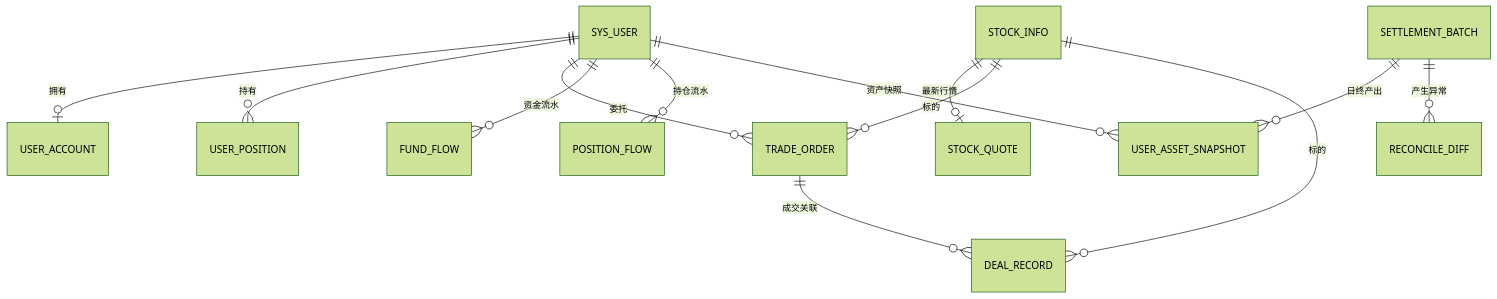
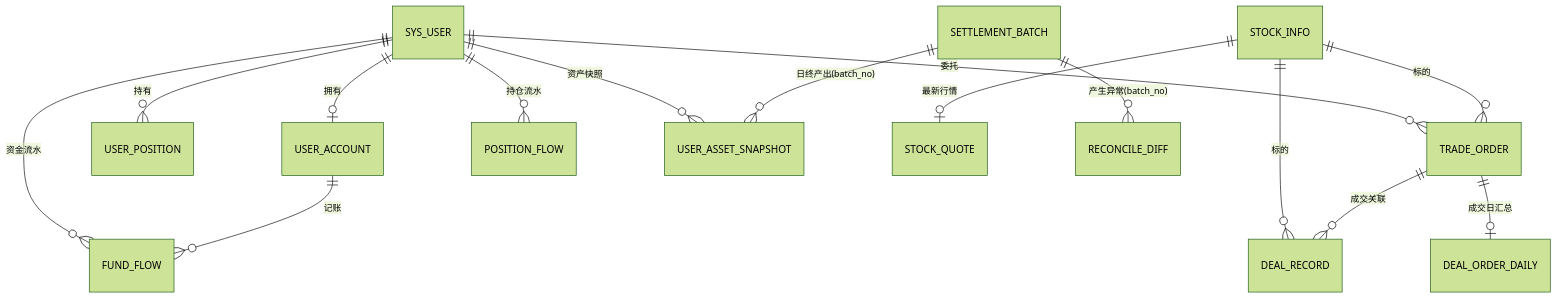
Before and after one commit to zhy-5435/paper-trade: the diagram in docs/03-数据库设计.md, drawn with Mermaid (forest theme). The commit also changed other lines of this file and 8 other files, not shown here.

````diff
--- a/docs/03-数据库设计.md
+++ b/docs/03-数据库设计.md
@@ -51,15 +54,17 @@
 ```mermaid
 erDiagram
     SYS_USER ||--o| USER_ACCOUNT : "拥有"
     SYS_USER ||--o{ USER_POSITION : "持有"
     SYS_USER ||--o{ TRADE_ORDER : "委托"
     SYS_USER ||--o{ FUND_FLOW : "资金流水"
     SYS_USER ||--o{ POSITION_FLOW : "持仓流水"
     SYS_USER ||--o{ USER_ASSET_SNAPSHOT : "资产快照"
+    USER_ACCOUNT ||--o{ FUND_FLOW : "记账"
     STOCK_INFO ||--o| STOCK_QUOTE : "最新行情"
     STOCK_INFO ||--o{ TRADE_ORDER : "标的"
     STOCK_INFO ||--o{ DEAL_RECORD : "标的"
     TRADE_ORDER ||--o{ DEAL_RECORD : "成交关联"
-    SETTLEMENT_BATCH ||--o{ USER_ASSET_SNAPSHOT : "日终产出"
-    SETTLEMENT_BATCH ||--o{ RECONCILE_DIFF : "产生异常"
+    TRADE_ORDER ||--o| DEAL_ORDER_DAILY : "成交日汇总"
+    SETTLEMENT_BATCH ||--o{ USER_ASSET_SNAPSHOT : "日终产出(batch_no)"
+    SETTLEMENT_BATCH ||--o{ RECONCILE_DIFF : "产生异常(batch_no)"
 ```
````
